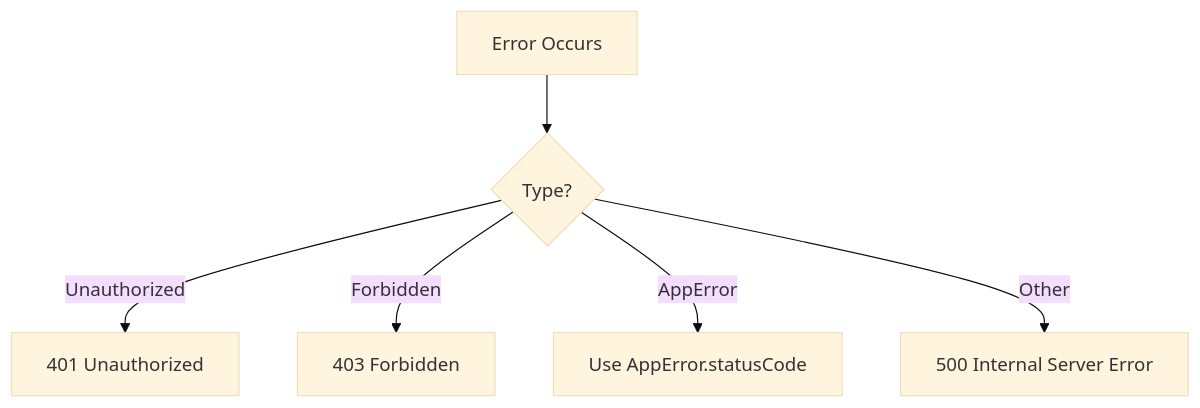
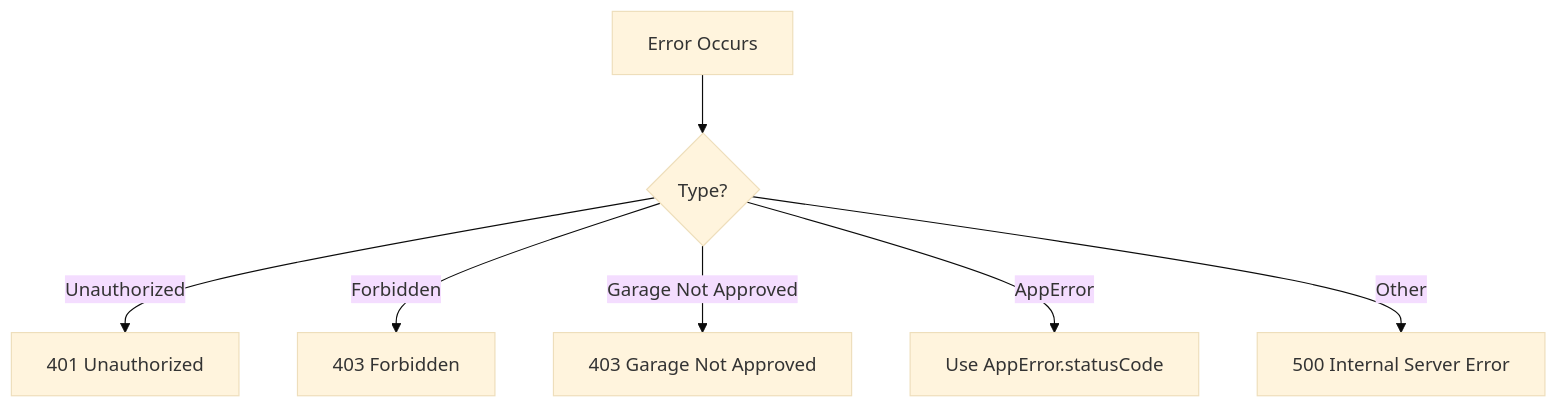
The ninth of 10 diagrams in .qoder/repowiki/en/content/Backend Documentation/Authentication & Authorization.md (NaveenHiranya/Smart-Vehicle-Insurance-Claim-System), drawn with Mermaid (base theme) before and after one commit. The commit also changed other lines of this file and 87 other files, not shown here.

````diff
--- a/.qoder/repowiki/en/content/Backend Documentation/Authentication & Authorization.md
+++ b/.qoder/repowiki/en/content/Backend Documentation/Authentication & Authorization.md
@@ -328,8 +498,9 @@
 ```mermaid
 flowchart TD
 ErrStart["Error Occurs"] --> Type{"Type?"}
 Type --> |Unauthorized| U401["401 Unauthorized"]
 Type --> |Forbidden| U403["403 Forbidden"]
+Type --> |Garage Not Approved| G403["403 Garage Not Approved"]
 Type --> |AppError| UCode["Use AppError.statusCode"]
 Type --> |Other| U500["500 Internal Server Error"]
 ```
````
